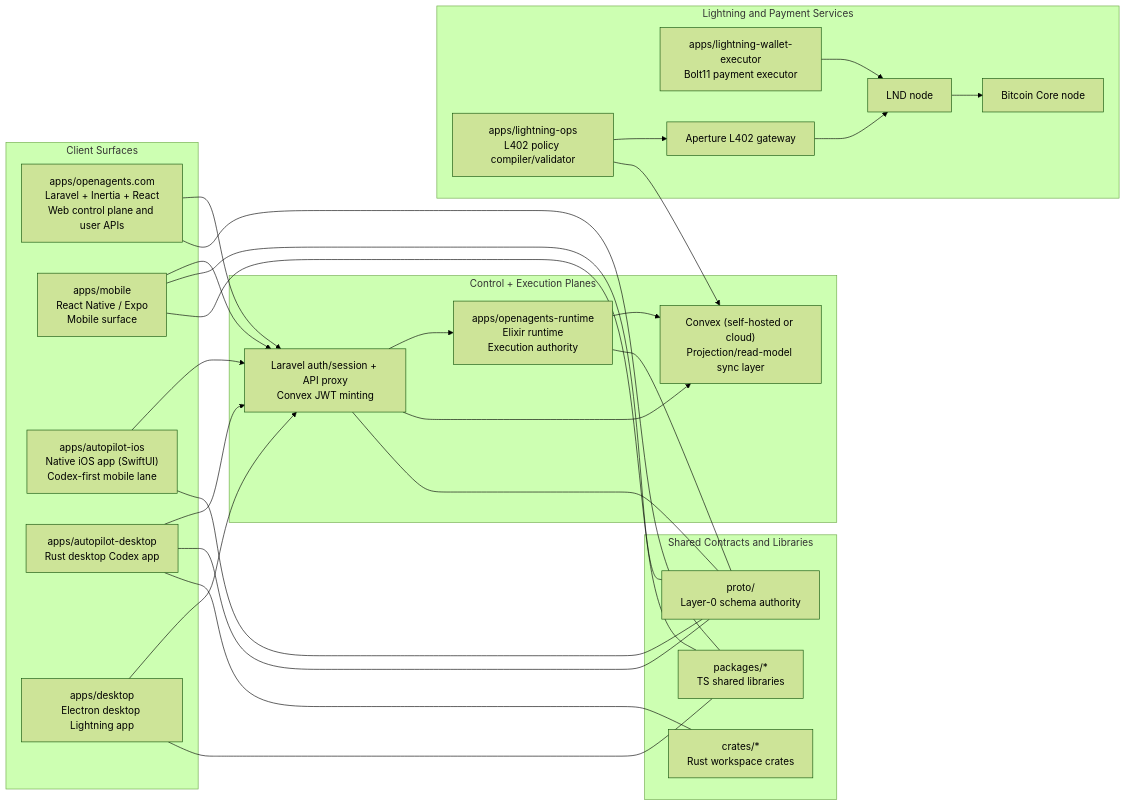
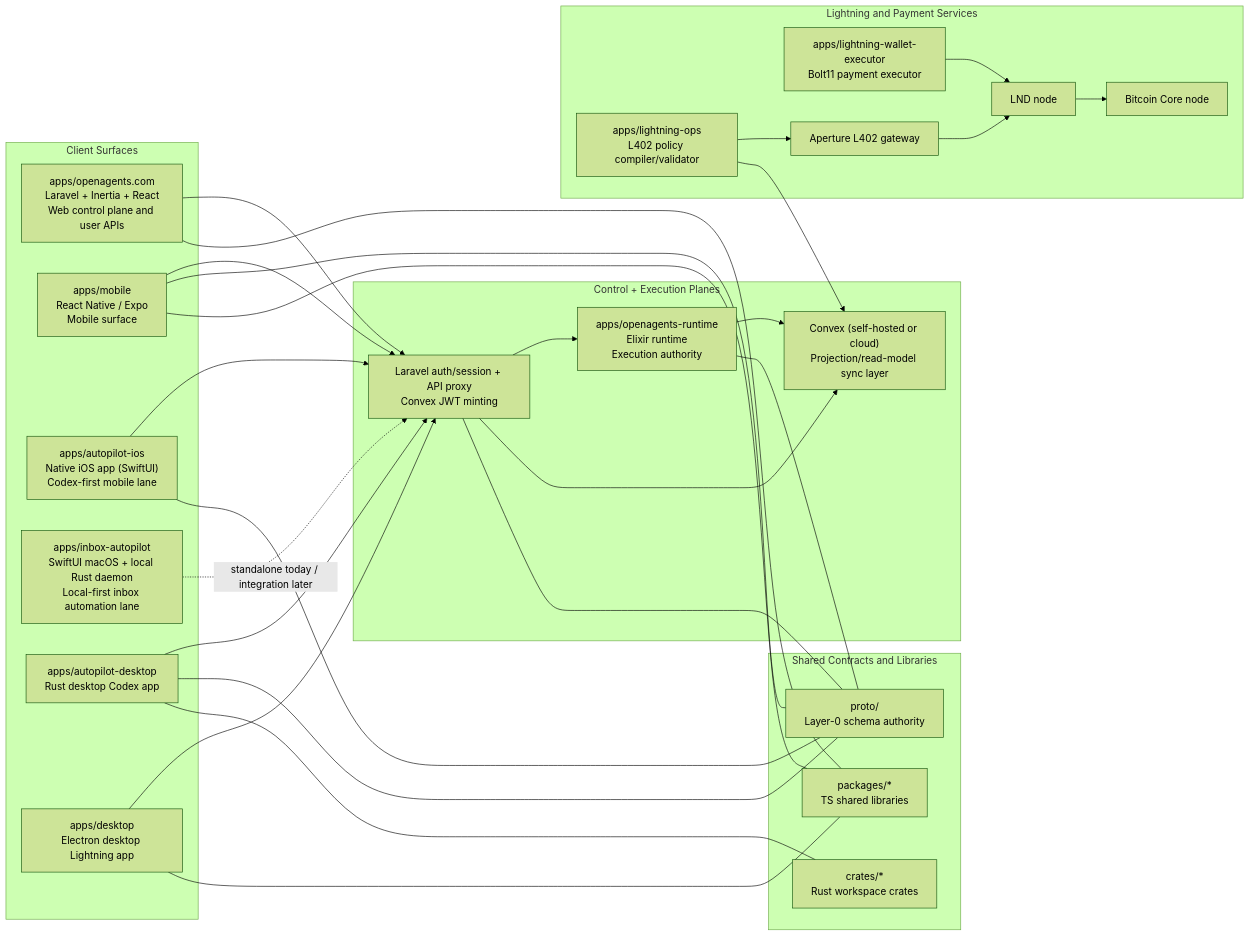
The diagram in docs/ARCHITECTURE.md (OpenAgentsInc/openagents), drawn with Mermaid (forest theme) before and after one commit. The commit also changed other lines of this file and 1 other file, not shown here.

Commit message:
docs: include inbox-autopilot in app architecture docs

````diff
--- a/docs/ARCHITECTURE.md
+++ b/docs/ARCHITECTURE.md
@@ -15,56 +15,58 @@
 ```mermaid
 flowchart LR
   subgraph clients["Client Surfaces"]
     web["apps/openagents.com<br/>Laravel + Inertia + React<br/>Web control plane and user APIs"]
     mobile["apps/mobile<br/>React Native / Expo<br/>Mobile surface"]
     ios["apps/autopilot-ios<br/>Native iOS app (SwiftUI)<br/>Codex-first mobile lane"]
+    inboxAutopilot["apps/inbox-autopilot<br/>SwiftUI macOS + local Rust daemon<br/>Local-first inbox automation lane"]
     rustDesktop["apps/autopilot-desktop<br/>Rust desktop Codex app"]
     electronDesktop["apps/desktop<br/>Electron desktop Lightning app"]
   end
 
   subgraph control["Control + Execution Planes"]
     runtime["apps/openagents-runtime<br/>Elixir runtime<br/>Execution authority"]
     convex["Convex (self-hosted or cloud)<br/>Projection/read-model sync layer"]
     laravel["Laravel auth/session + API proxy<br/>Convex JWT minting"]
   end
 
   subgraph lightning["Lightning and Payment Services"]
     lops["apps/lightning-ops<br/>L402 policy compiler/validator"]
     lwe["apps/lightning-wallet-executor<br/>Bolt11 payment executor"]
     lnd["LND node"]
     bitcoind["Bitcoin Core node"]
     aperture["Aperture L402 gateway"]
   end
 
   subgraph contracts["Shared Contracts and Libraries"]
     proto["proto/<br/>Layer-0 schema authority"]
     packages["packages/*<br/>TS shared libraries"]
     crates["crates/*<br/>Rust workspace crates"]
   end
 
   web --> laravel
   mobile --> laravel
   ios --> laravel
+  inboxAutopilot -.->|"standalone today / integration later"| laravel
   rustDesktop --> laravel
   electronDesktop --> laravel
 
   laravel --> runtime
   runtime --> convex
   laravel --> convex
 
   lops --> aperture
   lops --> convex
   aperture --> lnd
   lwe --> lnd
   lnd --> bitcoind
 
   runtime --- proto
   laravel --- proto
   mobile --- proto
   ios --- proto
   rustDesktop --- proto
   web --- packages
   mobile --- packages
   electronDesktop --- packages
   rustDesktop --- crates
 ```
````
